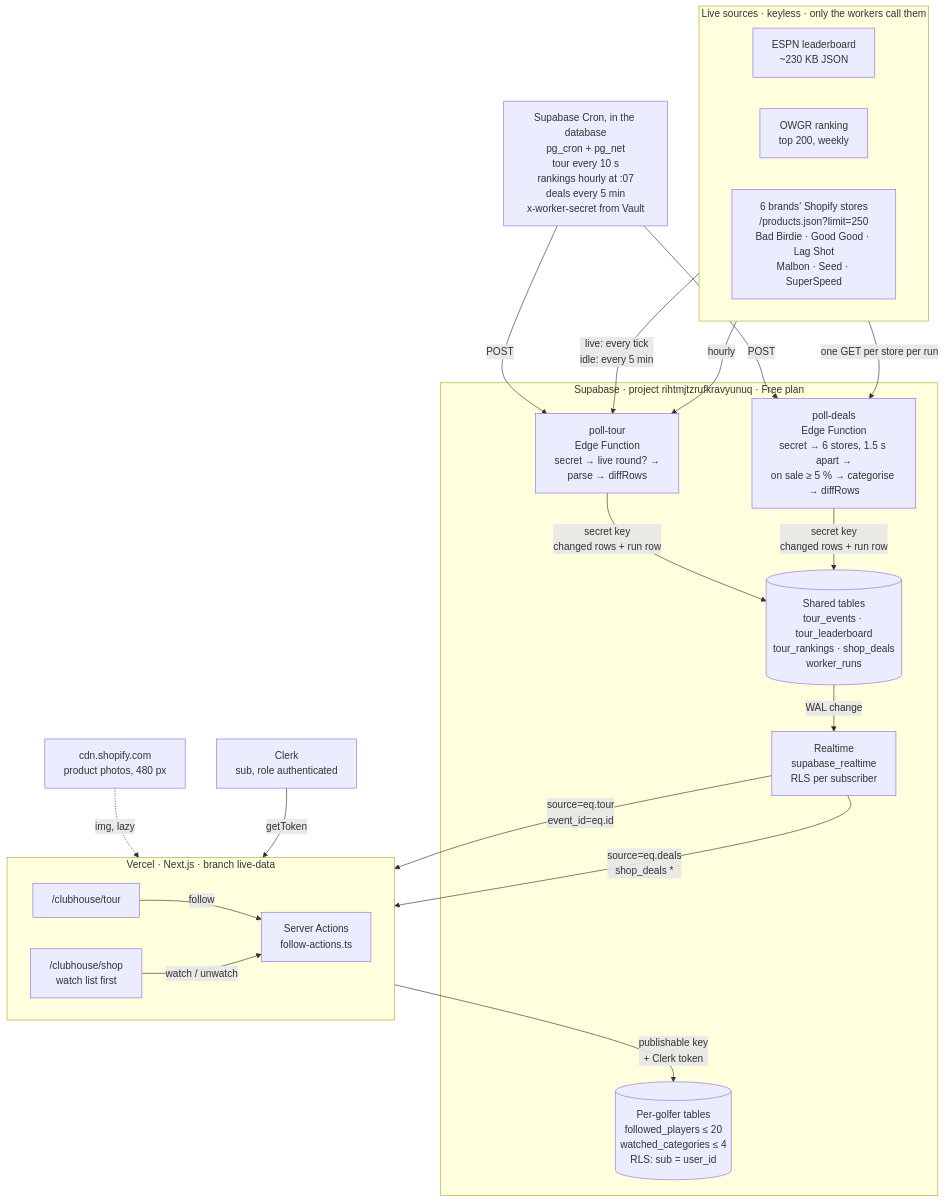
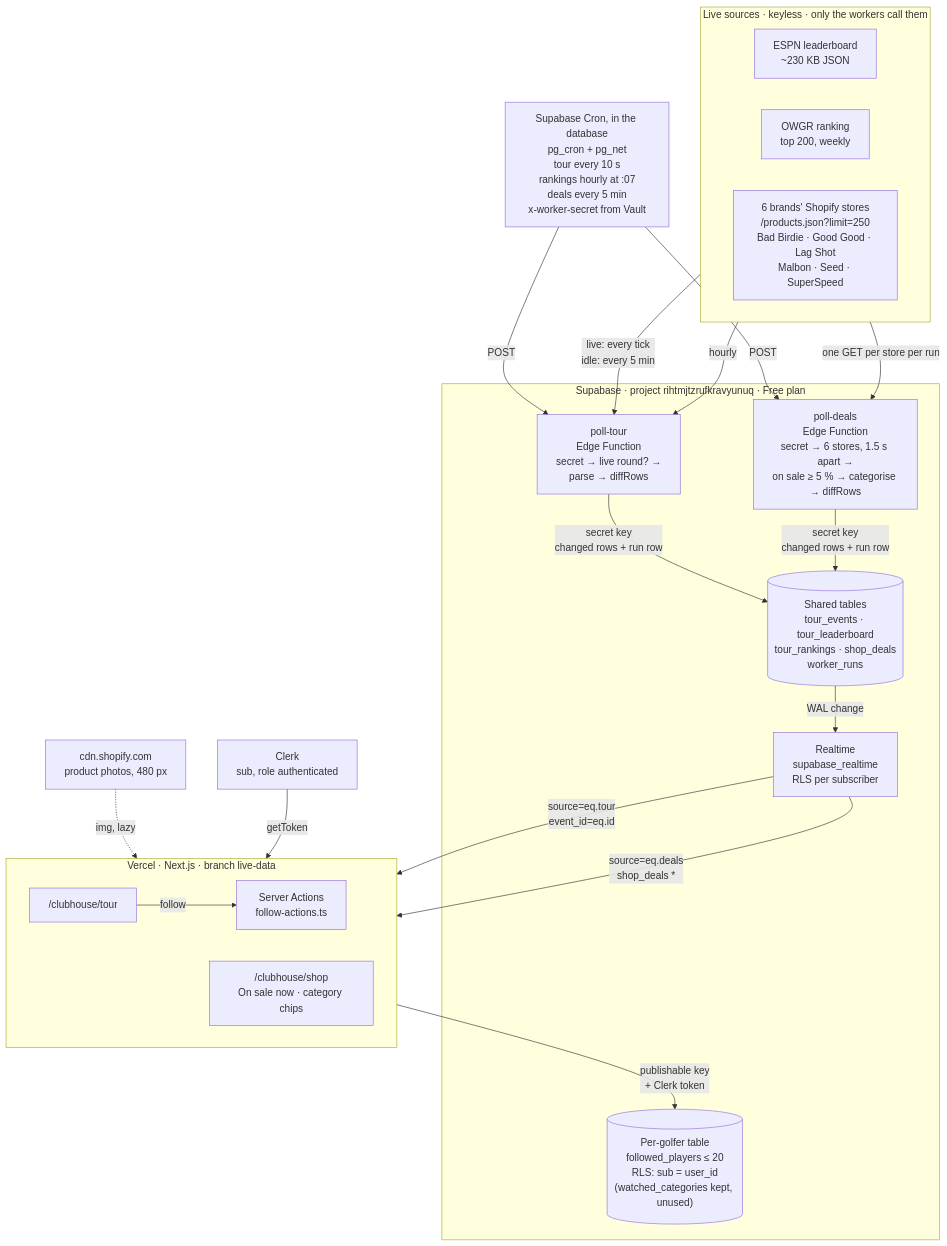
Before and after one commit to hewittw/18-eagles-members: the third of 3 diagrams in docs/data-flow.md, drawn with Mermaid. The commit also changed other lines of this file and 17 other files, not shown here.

Commit message:
pro shop: one live board, no watch list; hero keeps only the freshness line; 'On sale now' says what's sold and from whom; a polite announcer for live changes; docs and diagrams follow

````diff
--- a/docs/data-flow.md
+++ b/docs/data-flow.md
@@ -174,41 +174,40 @@
 ```mermaid
 flowchart TB
   subgraph Sources["Live sources · keyless · only the workers call them"]
     direction LR
     ESPN["ESPN leaderboard<br/>~230 KB JSON"]
     OWGR["OWGR ranking<br/>top 200, weekly"]
     SHOP["6 brands' Shopify stores<br/>/products.json?limit=250<br/>Bad Birdie · Good Good · Lag Shot<br/>Malbon · Seed · SuperSpeed"]
   end
   CRON["Supabase Cron, in the database<br/>pg_cron + pg_net<br/>tour every 10 s<br/>rankings hourly at :07<br/>deals every 5 min<br/>x-worker-secret from Vault"]
   subgraph Supabase["Supabase · project rihtmjtzrufkravyunuq · Free plan"]
     TOUR["poll-tour<br/>Edge Function<br/>secret → live round? →<br/>parse → diffRows"]
     DEALS["poll-deals<br/>Edge Function<br/>secret → 6 stores, 1.5 s apart →<br/>on sale ≥ 5 % → categorise → diffRows"]
     SHARED[("Shared tables<br/>tour_events · tour_leaderboard<br/>tour_rankings · shop_deals<br/>worker_runs")]
     RT["Realtime<br/>supabase_realtime<br/>RLS per subscriber"]
-    MINE[("Per-golfer tables<br/>followed_players ≤ 20<br/>watched_categories ≤ 4<br/>RLS: sub = user_id")]
+    MINE[("Per-golfer table<br/>followed_players ≤ 20<br/>RLS: sub = user_id<br/>(watched_categories kept, unused)")]
   end
   subgraph Vercel["Vercel · Next.js · branch live-data"]
     direction LR
     TP["/clubhouse/tour"]
-    SP["/clubhouse/shop<br/>watch list first"]
+    SP["/clubhouse/shop<br/>On sale now · category chips"]
     SA["Server Actions<br/>follow-actions.ts"]
   end
   CDN["cdn.shopify.com<br/>product photos, 480 px"]
   CLERK["Clerk<br/>sub, role authenticated"]
 
   ESPN -->|"live: every tick<br/>idle: every 5 min"| TOUR
   OWGR -->|hourly| TOUR
   SHOP -->|"one GET per store per run"| DEALS
   CRON -->|POST| TOUR
   CRON -->|POST| DEALS
   TOUR -->|"secret key<br/>changed rows + run row"| SHARED
   DEALS -->|"secret key<br/>changed rows + run row"| SHARED
   SHARED -->|WAL change| RT
   RT -->|"source=eq.tour<br/>event_id=eq.id"| TP
   RT -->|"source=eq.deals<br/>shop_deals *"| SP
   CDN -.->|"img, lazy"| SP
   TP -->|follow| SA
-  SP -->|"watch / unwatch"| SA
   CLERK -->|getToken| SA
   SA -->|"publishable key<br/>+ Clerk token"| MINE
 ```
````
